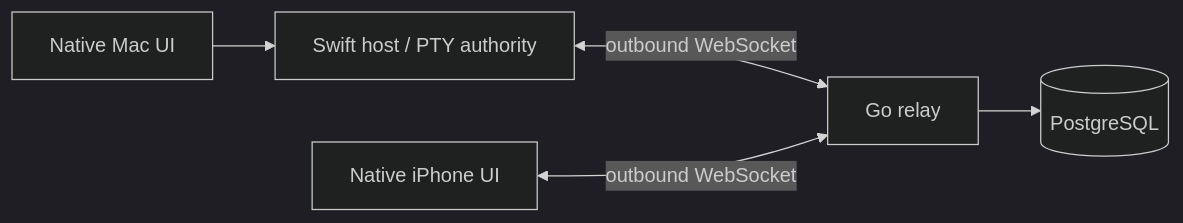
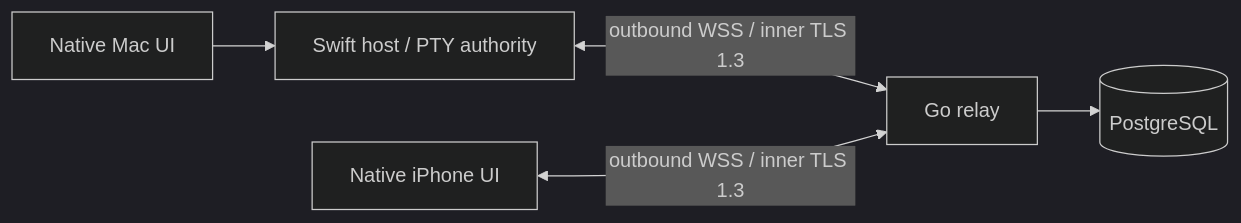
One commit to JesusPaz/afk changed the diagram in docs/architecture.md. Above: the diagram before and after it, drawn with Mermaid (dark theme). The commit also changed other lines of this file and 45 other files, not shown here.

````diff
--- a/docs/architecture.md
+++ b/docs/architecture.md
@@ -3,7 +3,7 @@
 ```mermaid
 flowchart LR
     Mac[Native Mac UI] --> Host[Swift host / PTY authority]
-    Host <-->|outbound WebSocket| Relay[Go relay]
-    Phone[Native iPhone UI] <-->|outbound WebSocket| Relay
+    Host <-->|outbound WSS / inner TLS 1.3| Relay[Go relay]
+    Phone[Native iPhone UI] <-->|outbound WSS / inner TLS 1.3| Relay
     Relay --> DB[(PostgreSQL)]
 ```
````
